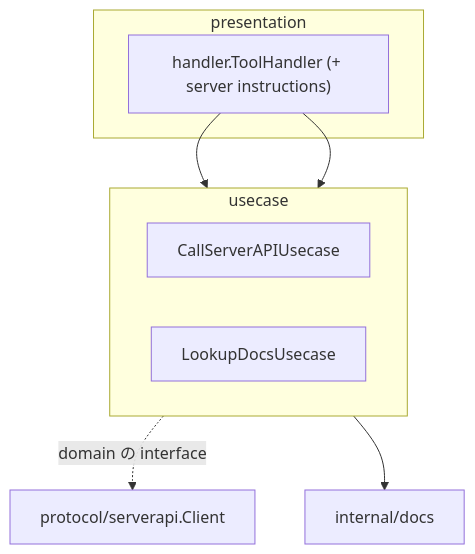
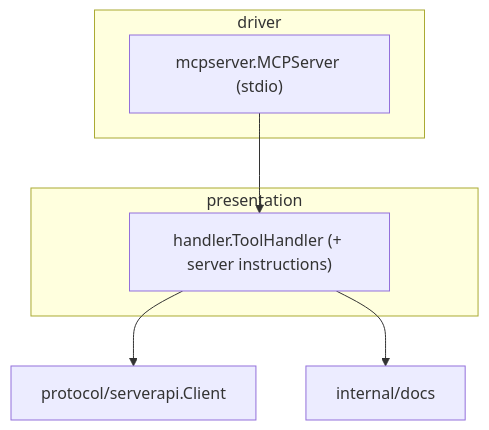
The sixth of 13 diagrams in docs/architecture.md (kakkky/gorviz), drawn with Mermaid before and after one commit. The commit also changed other lines of this file, not shown here.

Commit message:
docs: draw each component's layers and the processing flows as diagrams, split the interceptor and the web handlers out of the server's presentation, keep the cli and the mcp thin over the server API, and name things after what they do

````diff
--- a/docs/architecture.md
+++ b/docs/architecture.md
@@ -268,18 +273,15 @@
 ```mermaid
 flowchart TD
+    subgraph driver["driver"]
+        MCPServer["mcpserver.MCPServer (stdio)"]
+    end
     subgraph presentation["presentation"]
         ToolHandler["handler.ToolHandler (+ server instructions)"]
-    end
-    subgraph usecase["usecase"]
-        direction LR
-        CallServerAPIUsecase
-        LookupDocsUsecase
     end
     ServerAPIClient["protocol/serverapi.Client"]
     Docs["internal/docs"]
 
-    ToolHandler --> CallServerAPIUsecase
-    ToolHandler --> LookupDocsUsecase
-    CallServerAPIUsecase -. domain の interface .-> ServerAPIClient
-    LookupDocsUsecase --> Docs
+    MCPServer --> ToolHandler
+    ToolHandler --> ServerAPIClient
+    ToolHandler --> Docs
 ```
````
